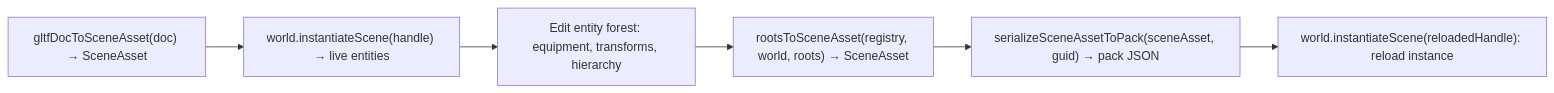
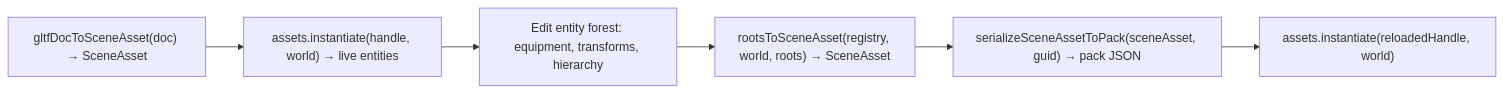
The diagram in skills/forgeax-engine-assets/references/scene-and-custom-kinds.md (ForgeAX/forgeax-engine), drawn with Mermaid before and after one commit. The commit also changed other lines of this file and 4113 other files, not shown here.

````diff
--- a/skills/forgeax-engine-assets/references/scene-and-custom-kinds.md
+++ b/skills/forgeax-engine-assets/references/scene-and-custom-kinds.md
@@ -97,8 +67,8 @@
 ```mermaid
 flowchart LR
-    LOAD["gltfDocToSceneAsset(doc) → SceneAsset"] --> INST["world.instantiateScene(handle) → live entities"]
+    LOAD["gltfDocToSceneAsset(doc) → SceneAsset"] --> INST["assets.instantiate(handle, world) → live entities"]
     INST --> EDIT["Edit entity forest: equipment, transforms, hierarchy"]
     EDIT --> COLLECT["rootsToSceneAsset(registry, world, roots) → SceneAsset"]
     COLLECT --> SER["serializeSceneAssetToPack(sceneAsset, guid) → pack JSON"]
-    SER --> RELOAD["world.instantiateScene(reloadedHandle): reload instance"]
+    SER --> RELOAD["assets.instantiate(reloadedHandle, world)"]
 ```
````
